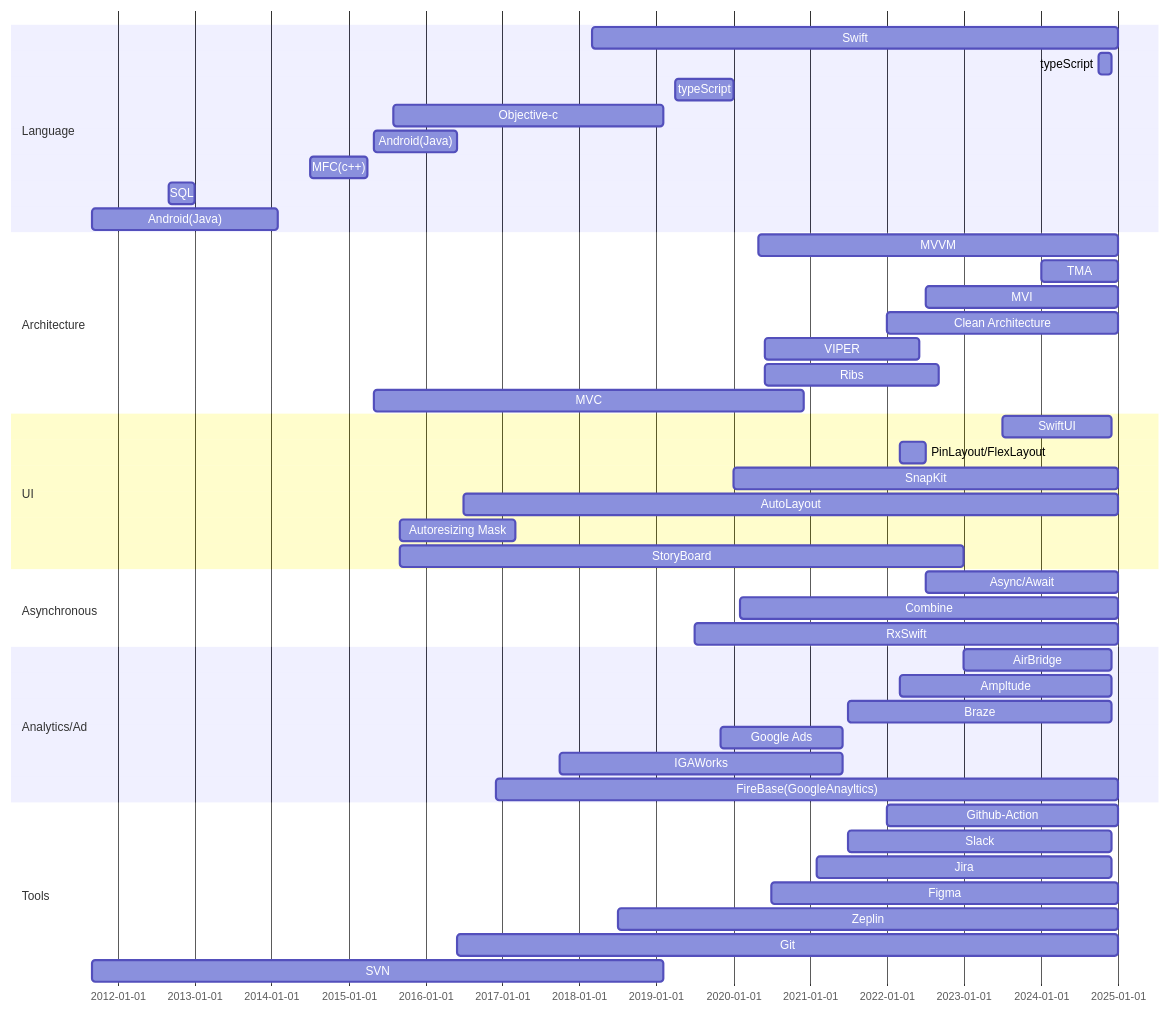
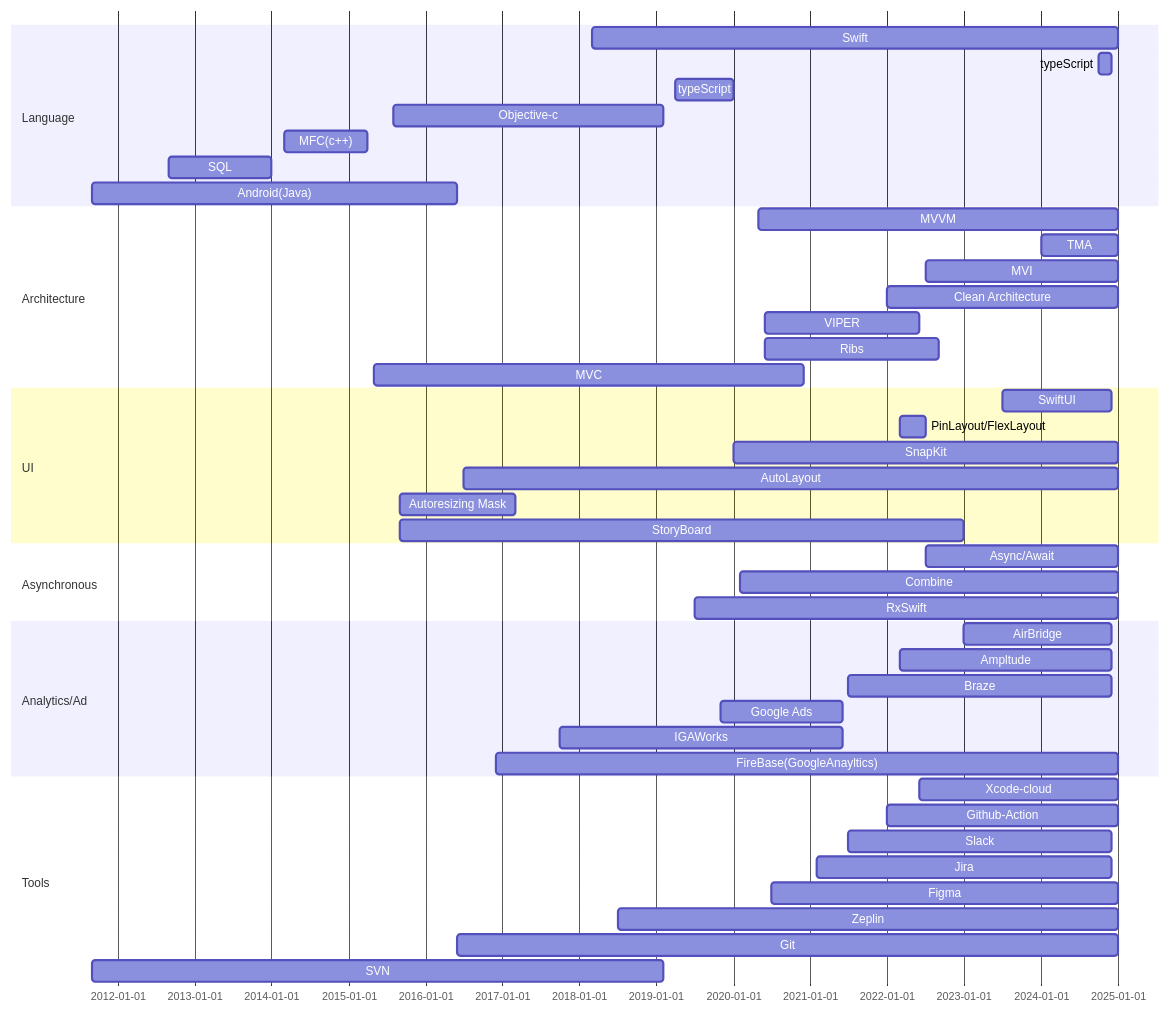
Before and after one commit to talq44/resume_portfolio: the first of 3 diagrams in PORTFOLIO.md, drawn with Mermaid. The commit also changed other lines of this file, not shown here.

````diff
--- a/PORTFOLIO.md
+++ b/PORTFOLIO.md
@@ -4,52 +4,52 @@
 ``` mermaid
 gantt
   dateFormat  YYYY-MM
   section Language
   Swift :i3, 2018-03, 2025-01
   typeScript :a1, 2024-10, 2024-12
   typeScript :a1, 2019-04, 2020-01
   Objective-c :l5, 2015-08, 2019-02
-  Android(Java) :l4, 2015-05, 2016-06
-  MFC(c++) :l3, 2014-07, 2015-04
-  SQL :l2, 2012-09, 2013-01
-  Android(Java) :l1, 2011-09, 2014-02
+  MFC(c++) :l3, 2014-03, 2015-04
+  SQL :l2, 2012-09, 2014-01
+  Android(Java) :l1, 2011-09, 2016-06
 
   section Architecture
   MVVM :a1, 2020-05, 2025-01
   TMA: a5, 2024-01, 2025-01
   MVI :a2, 2022-07, 2025-01
   Clean Architecture :a1, 2022-01, 2025-01
   VIPER: a4, 2020-06, 2022-06
   Ribs: a4, 2020-06, 2022-09
   MVC : a3, 2015-05, 2020-12
 
   section UI
   SwiftUI : c1, 2023-07, 2024-12
   PinLayout/FlexLayout : u3, 2022-03, 2022-07
   SnapKit : c3, 2020-01, 2025-01
   AutoLayout : c2, 2016-07, 2025-01
   Autoresizing Mask : u2, 2015-09, 2017-03
   StoryBoard : u1, 2015-09, 2023-01
 
   section Asynchronous
   Async/Await: r3, 2022-07, 2025-01
   Combine: r2, 2020-02, 2025-01
   RxSwift: r1, 2019-07, 2025-01
 
   section Analytics/Ad
   AirBridge : s3, 2023-01, 2024-12
   Ampltude : s2, 2022-03, 2024-12
   Braze : s2, 2021-07, 2024-12
   Google Ads: aa2, 2019-11, 2021-06
   IGAWorks : aa1, 2017-10, 2021-06
   FireBase(GoogleAnayltics) : s2, 2016-12, 2025-01
 
   section Tools
+  Xcode-cloud: t6, 2022-06, 2025-01
   Github-Action: t6, 2022-01, 2025-01
   Slack: t5, 2021-07, 2024-12
   Jira: t4, 2021-02, 2024-12
   Figma: t3, 2020-07, 2025-01
   Zeplin: t2, 2018-07, 2025-01
   Git: t1, 2016-06, 2025-01
   SVN: t0, 2011-09, 2019-02
 ```
````
